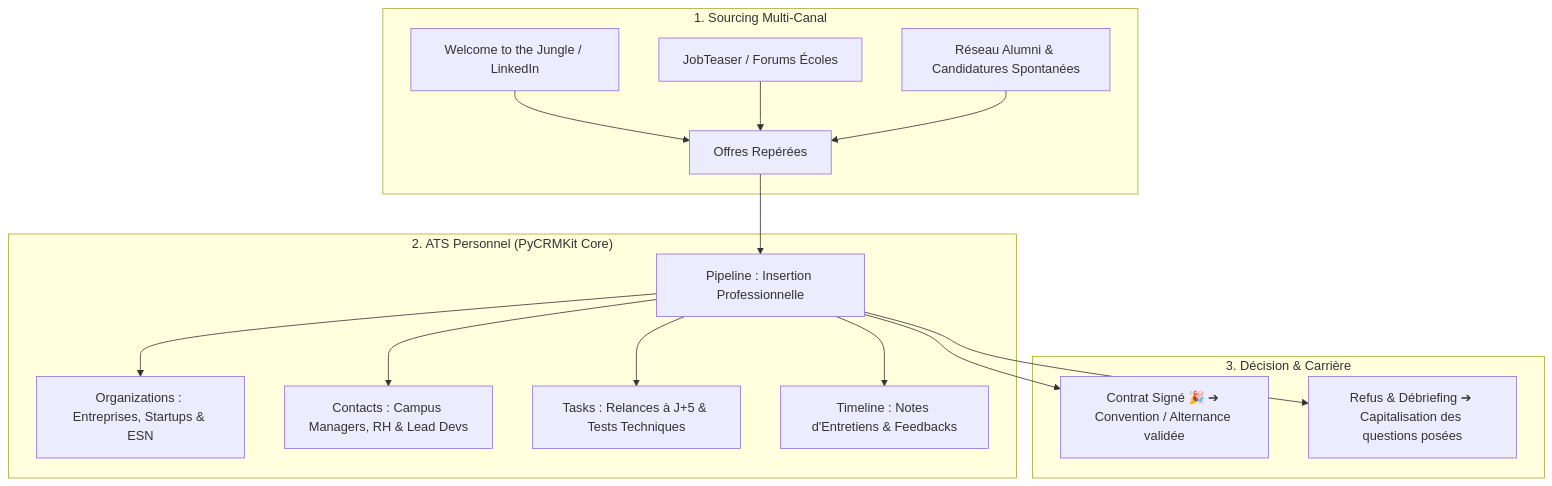
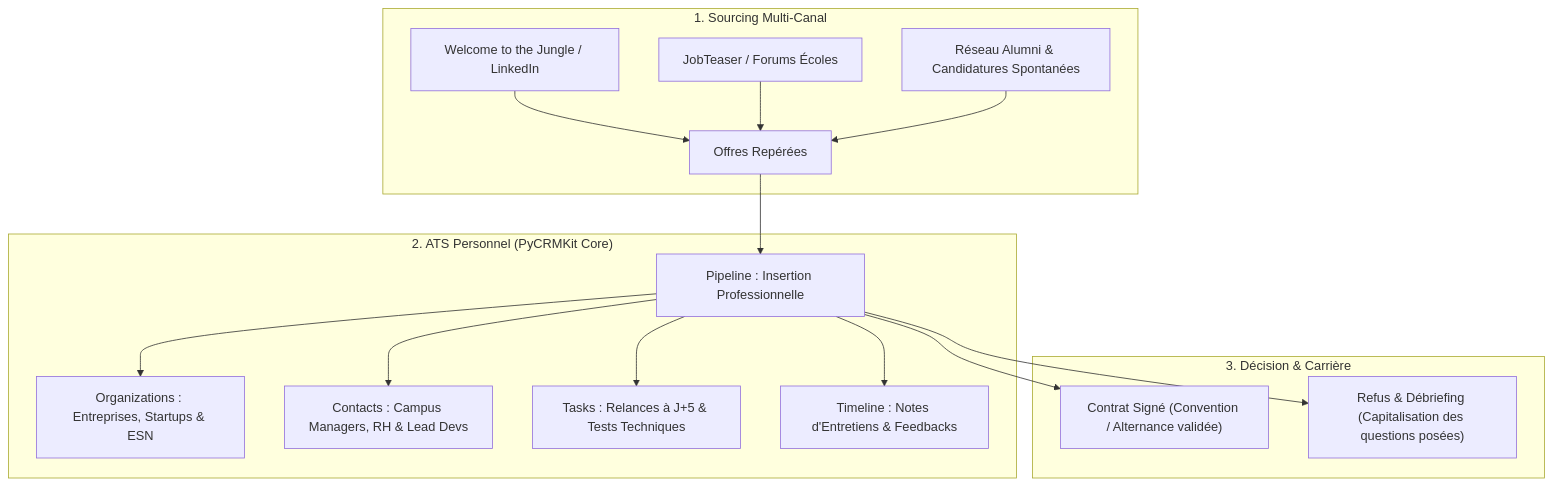
Before and after one commit to tawounfouet/pycrmkit: the first of 2 diagrams in docs/analysis/student-internship-alternance-job-hunt.md, drawn with Mermaid. The commit also changed other lines of this file and 33 other files, not shown here.

Commit message:
fix(docs): standardize relative markdown links, fix mermaid syntax and add ascii schemas

````diff
--- a/docs/analysis/student-internship-alternance-job-hunt.md
+++ b/docs/analysis/student-internship-alternance-job-hunt.md
@@ -30,21 +30,21 @@
 ```mermaid
 flowchart TD
     subgraph Sourcing ["1. Sourcing Multi-Canal"]
-        WTTJ[Welcome to the Jungle / LinkedIn] --> Offers[Offres Repérées]
-        JT[JobTeaser / Forums Écoles] --> Offers
-        Alumni[Réseau Alumni & Candidatures Spontanées] --> Offers
+        WTTJ["Welcome to the Jungle / LinkedIn"] --> Offers["Offres Repérées"]
+        JT["JobTeaser / Forums Écoles"] --> Offers
+        Alumni["Réseau Alumni & Candidatures Spontanées"] --> Offers
     end
 
     subgraph ATS ["2. ATS Personnel (PyCRMKit Core)"]
-        Offers --> Pipe[Pipeline : Insertion Professionnelle]
-        Pipe --> Org[Organizations : Entreprises, Startups & ESN]
-        Pipe --> Cont[Contacts : Campus Managers, RH & Lead Devs]
-        Pipe --> Tasks[Tasks : Relances à J+5 & Tests Techniques]
-        Pipe --> Hist[Timeline : Notes d'Entretiens & Feedbacks]
+        Offers --> Pipe["Pipeline : Insertion Professionnelle"]
+        Pipe --> Org["Organizations : Entreprises, Startups & ESN"]
+        Pipe --> Cont["Contacts : Campus Managers, RH & Lead Devs"]
+        Pipe --> Tasks["Tasks : Relances à J+5 & Tests Techniques"]
+        Pipe --> Hist["Timeline : Notes d'Entretiens & Feedbacks"]
     end
 
     subgraph Verdict ["3. Décision & Carrière"]
-        Pipe --> Won[Contrat Signé 🎉 ➔ Convention / Alternance validée]
-        Pipe --> Lost[Refus & Débriefing ➔ Capitalisation des questions posées]
+        Pipe --> Won["Contrat Signé (Convention / Alternance validée)"]
+        Pipe --> Lost["Refus & Débriefing (Capitalisation des questions posées)"]
     end
 ```
````
